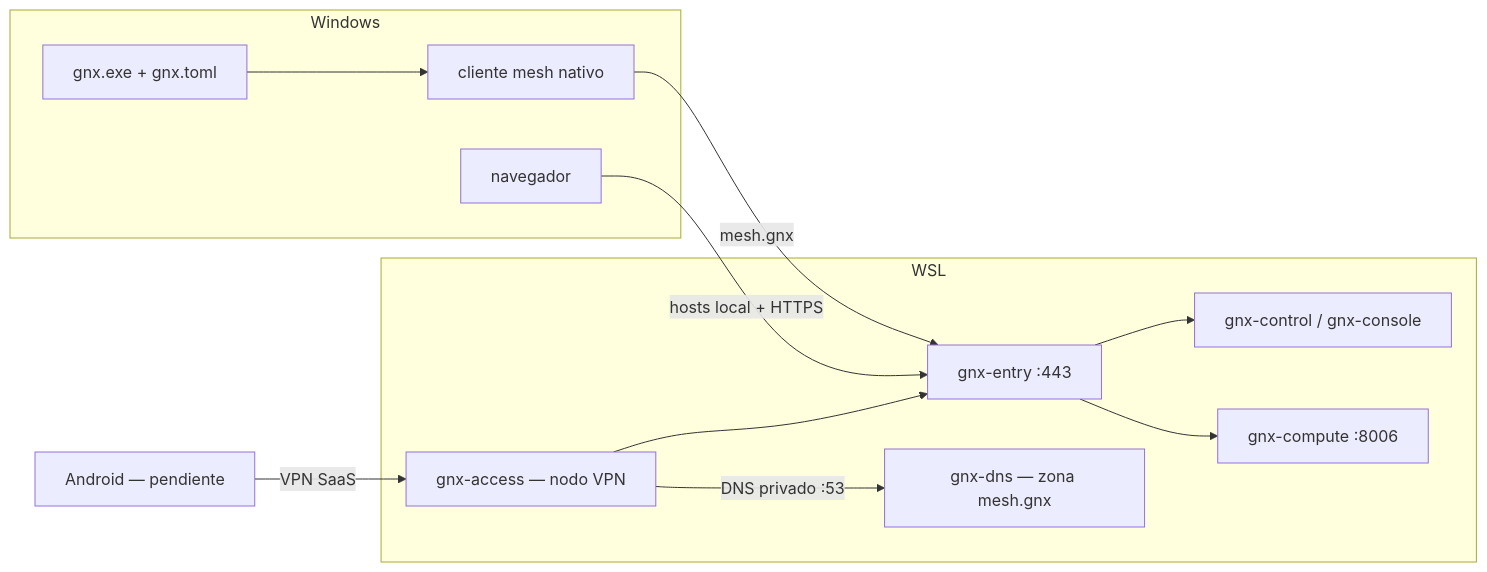
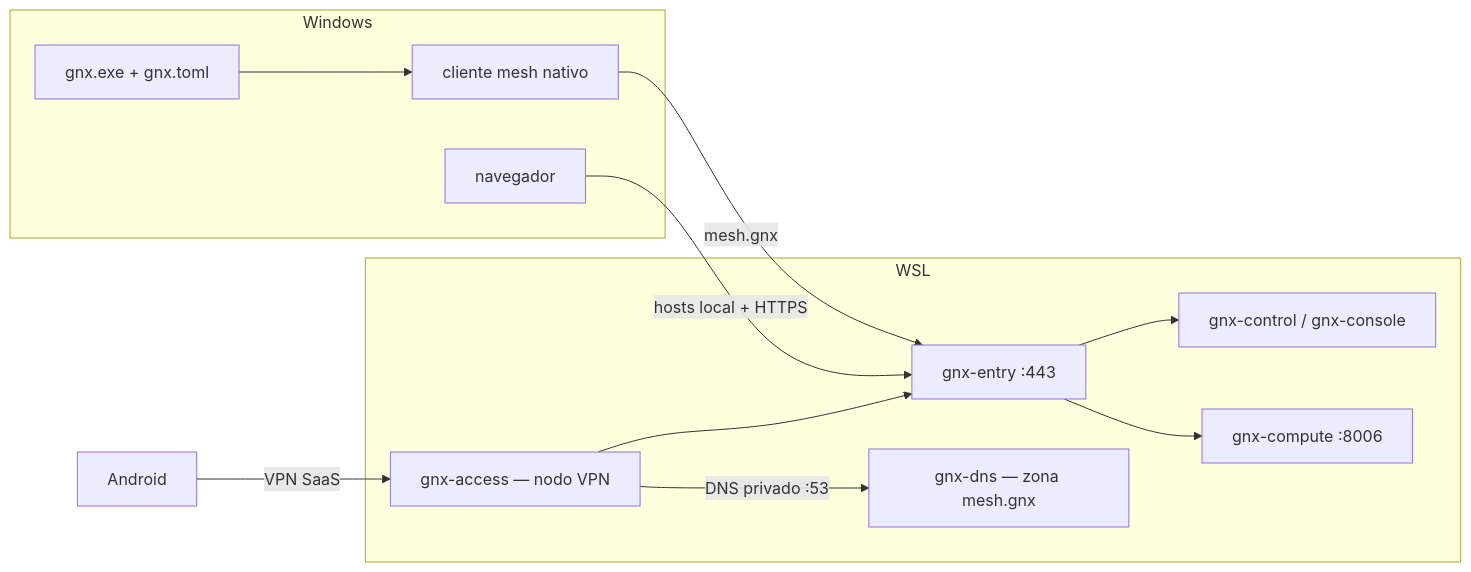
Before and after one commit to mayas-alas/quetzalcoatl: the diagram in docs/architecture.md, drawn with Mermaid. The commit also changed other lines of this file and 10 other files, not shown here.

````diff
--- a/docs/architecture.md
+++ b/docs/architecture.md
@@ -11,17 +11,17 @@
 ```mermaid
 flowchart LR
     subgraph Windows
         R["gnx.exe + gnx.toml"] --> M["cliente mesh nativo"]
         B["navegador"]
     end
     subgraph WSL
         X["gnx-access — nodo VPN"] --> E
         D["gnx-dns — zona mesh.gnx"]
         E["gnx-entry :443"] --> C["gnx-control / gnx-console"]
         E --> P["gnx-compute :8006"]
     end
     M -->|mesh.gnx| E
     B -->|hosts local + HTTPS| E
-    A["Android — pendiente"] -->|VPN SaaS| X
+    A["Android"] -->|VPN SaaS| X
     X -->|DNS privado :53| D
 ```
````
